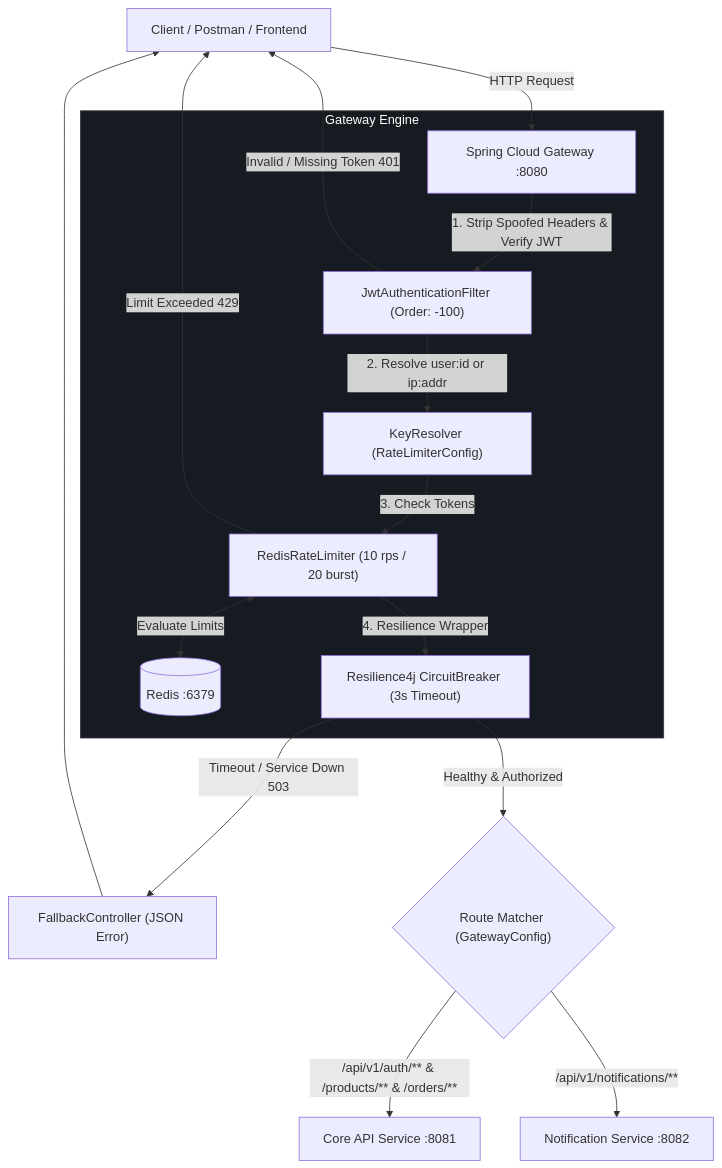
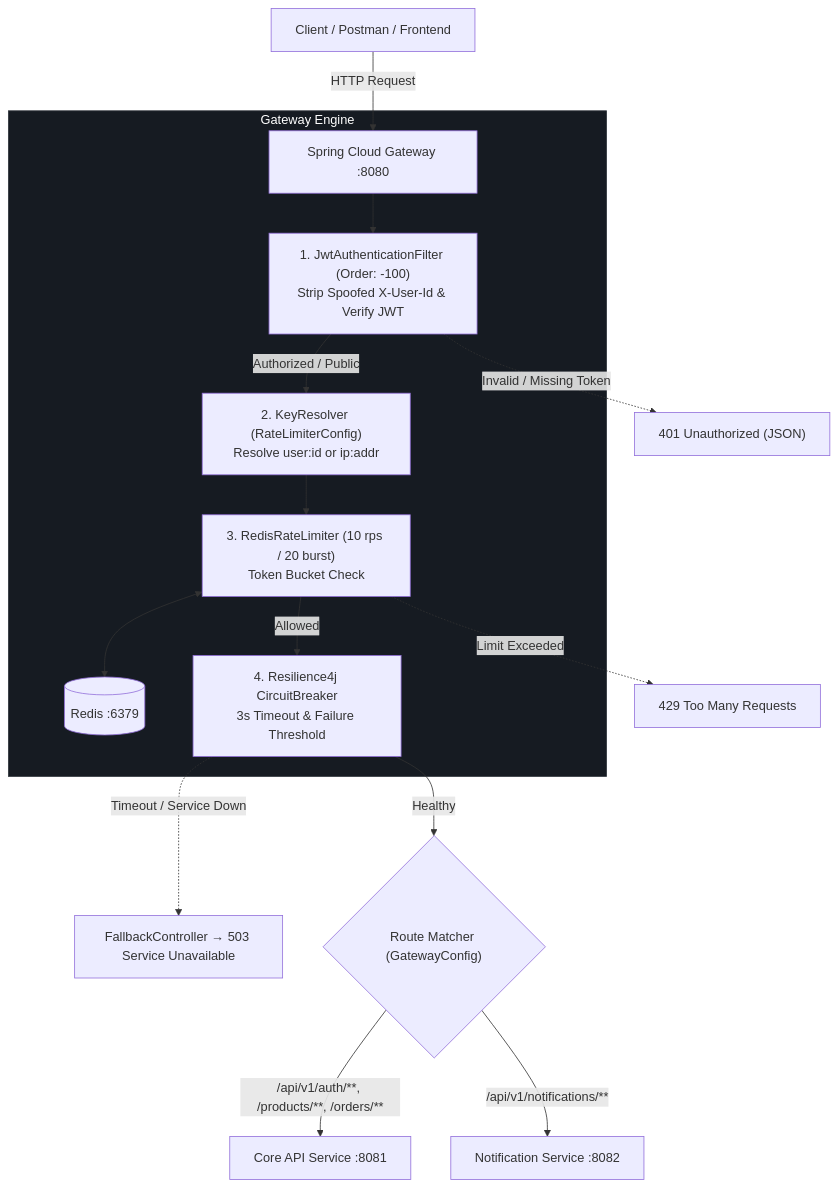
One commit to yusufkayiss/api-gateway changed the first of 2 diagrams in README.md. Above: the diagram before and after it, drawn with Mermaid. The commit also changed other lines of this file, not shown here.

Commit message:
Update architecture diagram and Turkish section

````diff
--- a/README.md
+++ b/README.md
@@ -25,23 +25,22 @@
 ```mermaid
-graph TD
+flowchart TD
     Client[Client / Postman / Frontend] -->|HTTP Request| Gateway[Spring Cloud Gateway :8080]
-    
+
     subgraph GatewayEngine ["Gateway Engine"]
-        Gateway -->|1. Strip Spoofed Headers & Verify JWT| AuthFilter["JwtAuthenticationFilter (Order: -100)"]
-        AuthFilter -->|2. Resolve user:id or ip:addr| KeyRes["KeyResolver (RateLimiterConfig)"]
-        KeyRes -->|3. Check Tokens| RedisLimiter["RedisRateLimiter (10 rps / 20 burst)"]
-        RedisLimiter <-->|Evaluate Limits| Redis[(Redis :6379)]
-        RedisLimiter -->|4. Resilience Wrapper| CB["Resilience4j CircuitBreaker (3s Timeout)"]
+        Gateway --> AuthFilter["1. JwtAuthenticationFilter (Order: -100)<br/>Strip Spoofed X-User-Id & Verify JWT"]
+        AuthFilter -->|Authorized / Public| KeyRes["2. KeyResolver (RateLimiterConfig)<br/>Resolve user:id or ip:addr"]
+        KeyRes --> RedisLimiter["3. RedisRateLimiter (10 rps / 20 burst)<br/>Token Bucket Check"]
+        RedisLimiter <--> Redis[(Redis :6379)]
+        RedisLimiter -->|Allowed| CB["4. Resilience4j CircuitBreaker<br/>3s Timeout & Failure Threshold"]
     end
-    
-    AuthFilter -->|Invalid / Missing Token 401| Client
-    RedisLimiter -->|Limit Exceeded 429| Client
-    CB -->|Timeout / Service Down 503| Fallback["FallbackController (JSON Error)"]
-    Fallback --> Client
-    
-    CB -->|Healthy & Authorized| Routing{"Route Matcher (GatewayConfig)"}
-    Routing -->|/api/v1/auth/** & /products/** & /orders/**| CoreAPI["Core API Service :8081"]
+
+    AuthFilter -.->|Invalid / Missing Token| Err401["401 Unauthorized (JSON)"]
+    RedisLimiter -.->|Limit Exceeded| Err429["429 Too Many Requests"]
+    CB -.->|Timeout / Service Down| Fallback["FallbackController → 503 Service Unavailable"]
+
+    CB -->|Healthy| Routing{"Route Matcher (GatewayConfig)"}
+    Routing -->|/api/v1/auth/**, /products/**, /orders/**| CoreAPI["Core API Service :8081"]
     Routing -->|/api/v1/notifications/**| NotifAPI["Notification Service :8082"]
 
     style GatewayEngine fill:#161b22,stroke:#30363d,stroke-width:1px,color:#fff
 ```
````
